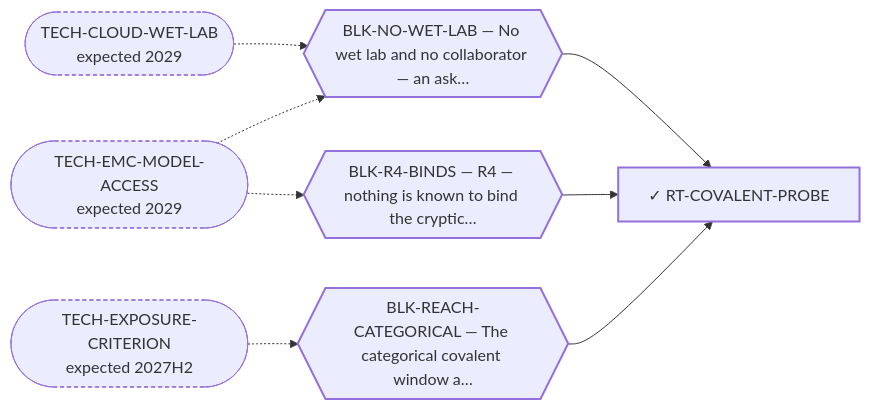
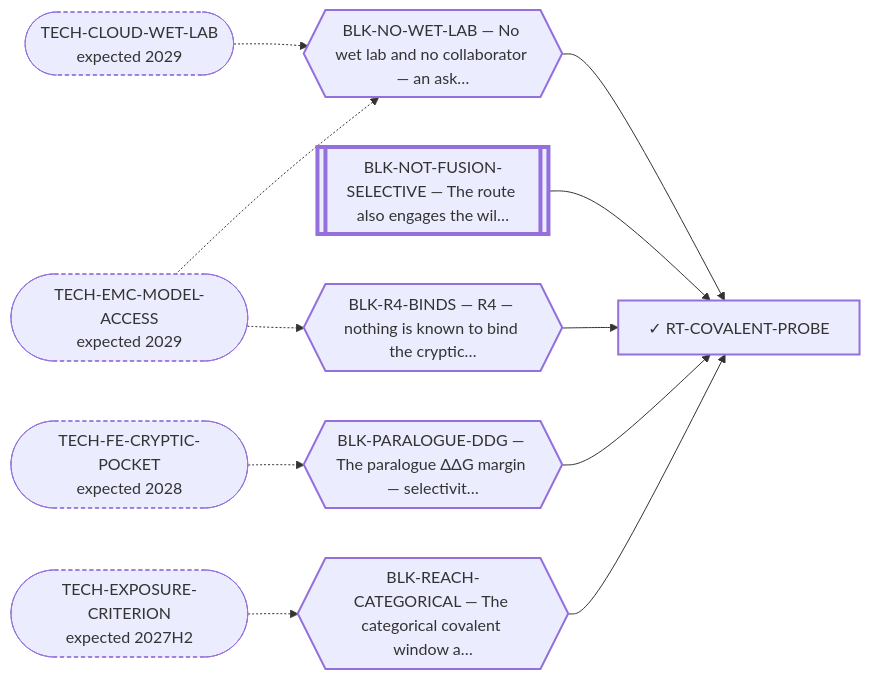
One commit to trimcrae/Rare-cancers changed the diagram in systems/views/L2-rt-covalent-probe.md. Above: the diagram before and after it, drawn with Mermaid. The commit also changed other lines of this file and 11 other files, not shown here.

````diff
--- a/systems/views/L2-rt-covalent-probe.md
+++ b/systems/views/L2-rt-covalent-probe.md
@@ -27,22 +27,28 @@
 ```mermaid
 flowchart LR
   RT_COVALENT_PROBE["✓ RT-COVALENT-PROBE"]:::fam
   BLK_NO_WET_LAB{{"BLK-NO-WET-LAB — No wet lab and no collaborator — an ask…"}}:::blk
   BLK_NO_WET_LAB --> RT_COVALENT_PROBE
   TECH_CLOUD_WET_LAB(["TECH-CLOUD-WET-LAB<br/>expected 2029"]):::tech
   TECH_CLOUD_WET_LAB -.-> BLK_NO_WET_LAB
   TECH_EMC_MODEL_ACCESS(["TECH-EMC-MODEL-ACCESS<br/>expected 2029"]):::tech
   TECH_EMC_MODEL_ACCESS -.-> BLK_NO_WET_LAB
+  BLK_NOT_FUSION_SELECTIVE[["BLK-NOT-FUSION-SELECTIVE — The route also engages the wil…"]]:::perm
+  BLK_NOT_FUSION_SELECTIVE --> RT_COVALENT_PROBE
+  BLK_PARALOGUE_DDG{{"BLK-PARALOGUE-DDG — The paralogue ΔΔG margin — selectivit…"}}:::blk
+  BLK_PARALOGUE_DDG --> RT_COVALENT_PROBE
+  TECH_FE_CRYPTIC_POCKET(["TECH-FE-CRYPTIC-POCKET<br/>expected 2028"]):::tech
+  TECH_FE_CRYPTIC_POCKET -.-> BLK_PARALOGUE_DDG
   BLK_R4_BINDS{{"BLK-R4-BINDS — R4 — nothing is known to bind the cryptic…"}}:::blk
   BLK_R4_BINDS --> RT_COVALENT_PROBE
   TECH_EMC_MODEL_ACCESS(["TECH-EMC-MODEL-ACCESS<br/>expected 2029"]):::tech
   TECH_EMC_MODEL_ACCESS -.-> BLK_R4_BINDS
   BLK_REACH_CATEGORICAL{{"BLK-REACH-CATEGORICAL — The categorical covalent window a…"}}:::blk
   BLK_REACH_CATEGORICAL --> RT_COVALENT_PROBE
   TECH_EXPOSURE_CRITERION(["TECH-EXPOSURE-CRITERION<br/>expected 2027H2"]):::tech
   TECH_EXPOSURE_CRITERION -.-> BLK_REACH_CATEGORICAL
   classDef fam stroke-width:2px;
   classDef blk stroke-width:2px;
   classDef perm stroke-width:4px;
   classDef tech stroke-width:1px,stroke-dasharray:4 3;
 ```
````
